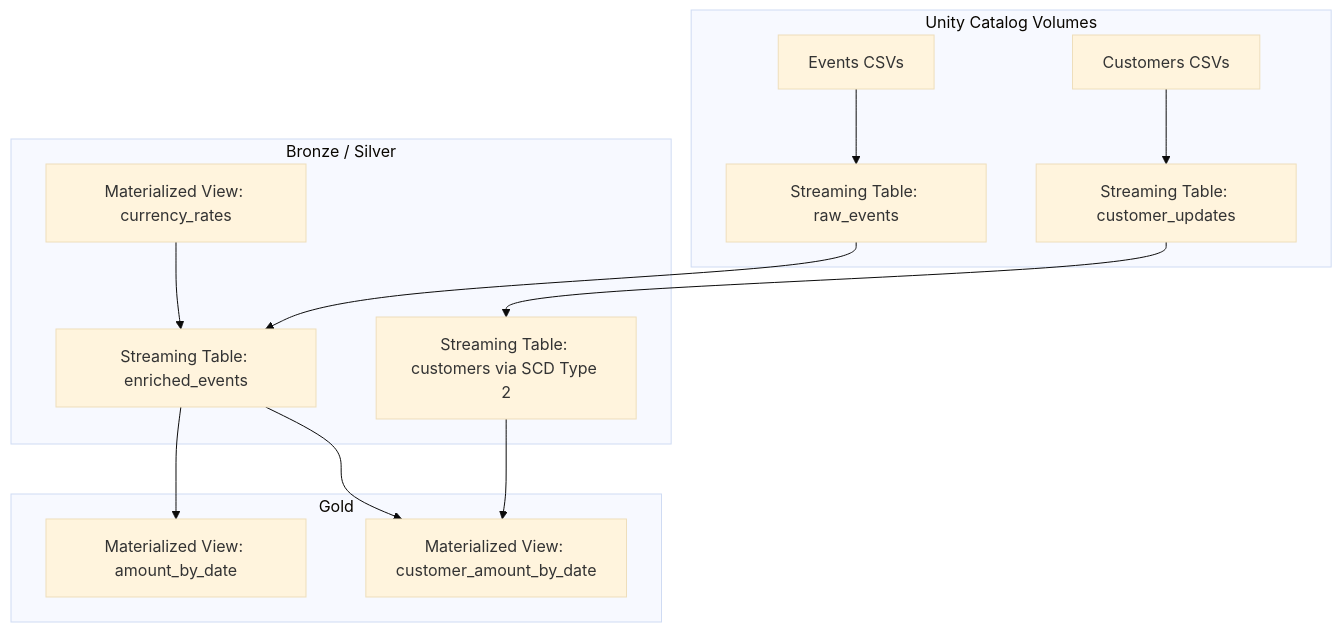
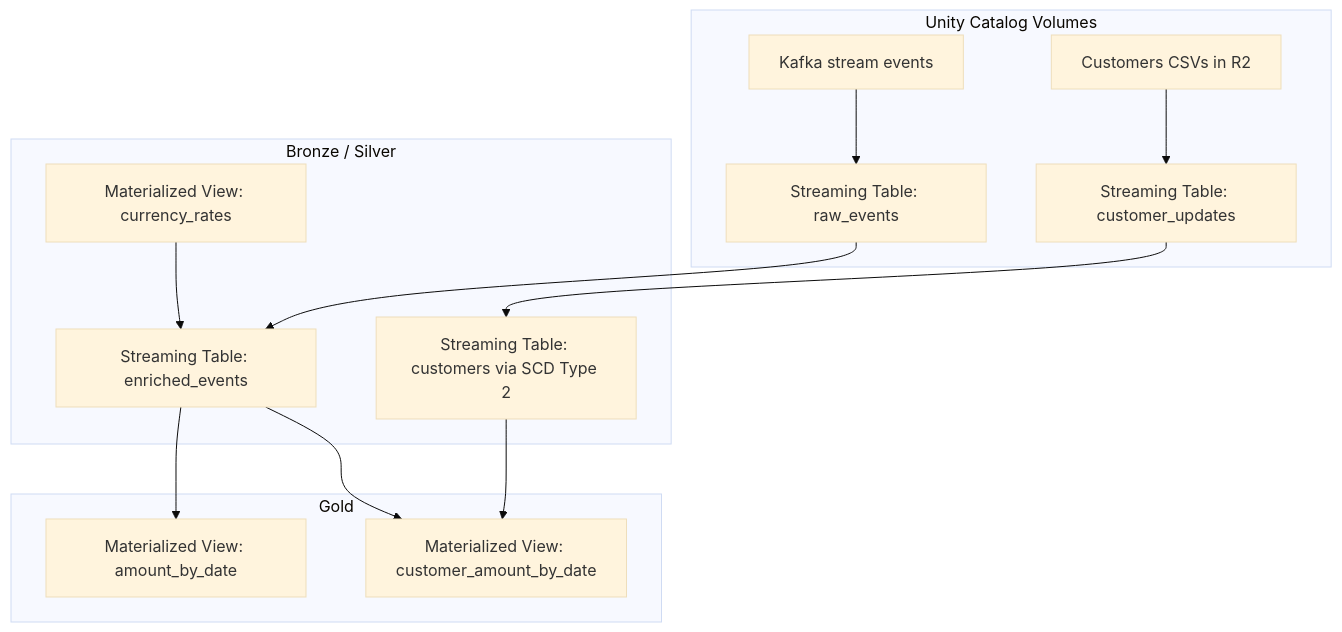
One commit to m7w/databricks-de-associate-prep changed the diagram in README.md. Above: the diagram before and after it, drawn with Mermaid (base theme). The commit also changed other lines of this file and 7 other files, not shown here.

````diff
--- a/README.md
+++ b/README.md
@@ -21,19 +21,19 @@
 ```mermaid
 graph TD
     subgraph Unity Catalog Volumes
-        EV[Events CSVs] --> RE[Streaming Table: raw_events]
-        CV[Customers CSVs] --> CU[Streaming Table: customer_updates]
+        EV[Kafka stream events] --> RE[Streaming Table: raw_events]
+        CV[Customers CSVs in R2] --> CU[Streaming Table: customer_updates]
     end
 
     subgraph Bronze / Silver
         RE --> EE[Streaming Table: enriched_events]
         CR[Materialized View: currency_rates] --> EE
         CU --> C[Streaming Table: customers via SCD Type 2]
     end
 
     subgraph Gold
         EE --> ABD[Materialized View: amount_by_date]
         EE --> CAD[Materialized View: customer_amount_by_date]
         C --> CAD
     end
 ```
````
